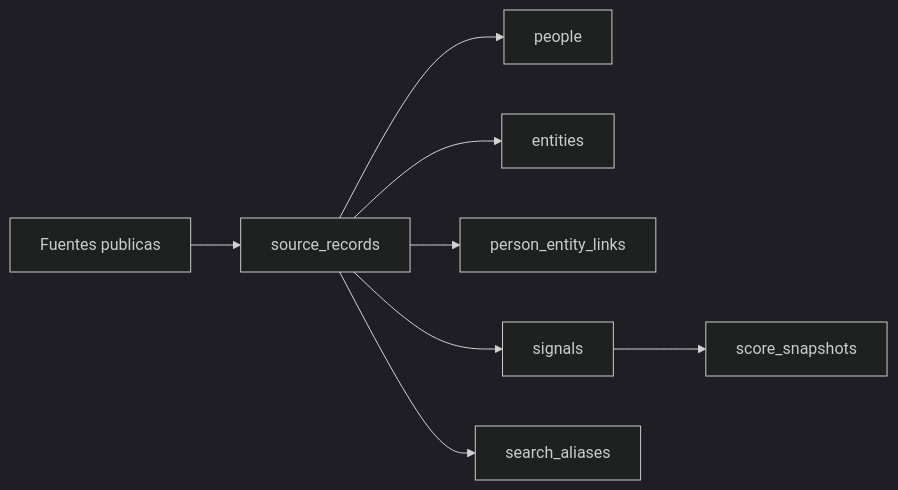
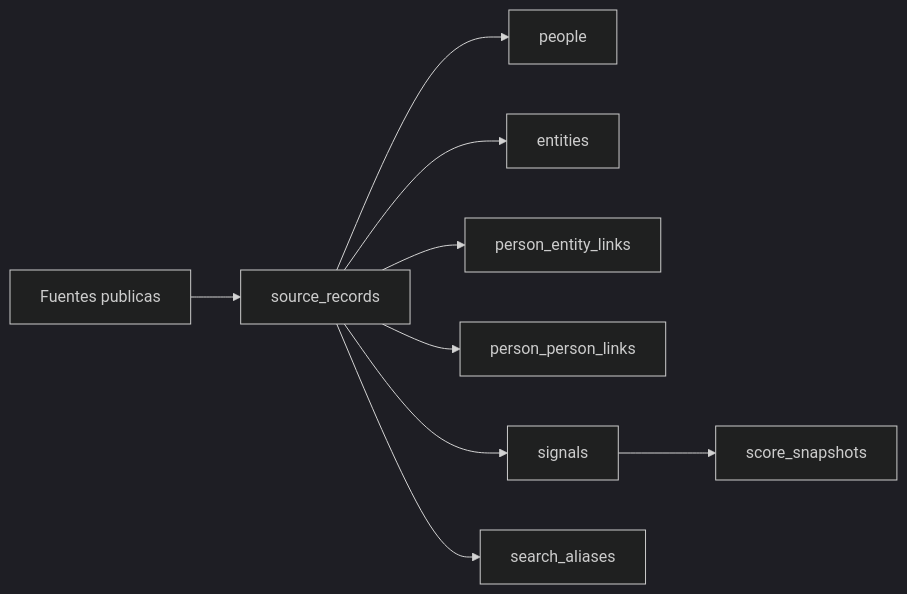
Before and after one commit to thedavos/peruvigia: the diagram in docs/data-model.md, drawn with Mermaid (dark theme). The commit also changed other lines of this file and 1 other file, not shown here.

Commit message:
docs(vig-9): document DJI sync workflow

````diff
--- a/docs/data-model.md
+++ b/docs/data-model.md
@@ -33,10 +36,11 @@
 ```mermaid
 flowchart LR
   A["Fuentes publicas"] --> B["source_records"]
   B --> C["people"]
   B --> D["entities"]
   B --> E["person_entity_links"]
-  B --> F["signals"]
-  F --> G["score_snapshots"]
-  B --> H["search_aliases"]
+  B --> F["person_person_links"]
+  B --> G["signals"]
+  G --> H["score_snapshots"]
+  B --> I["search_aliases"]
 ```
````
